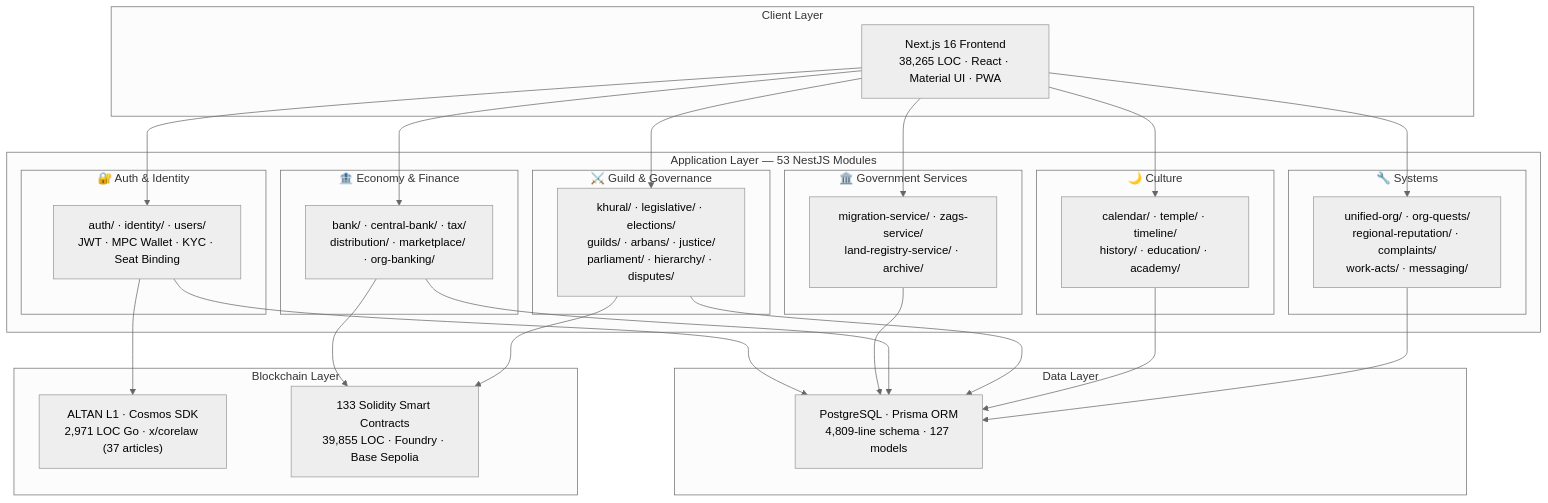
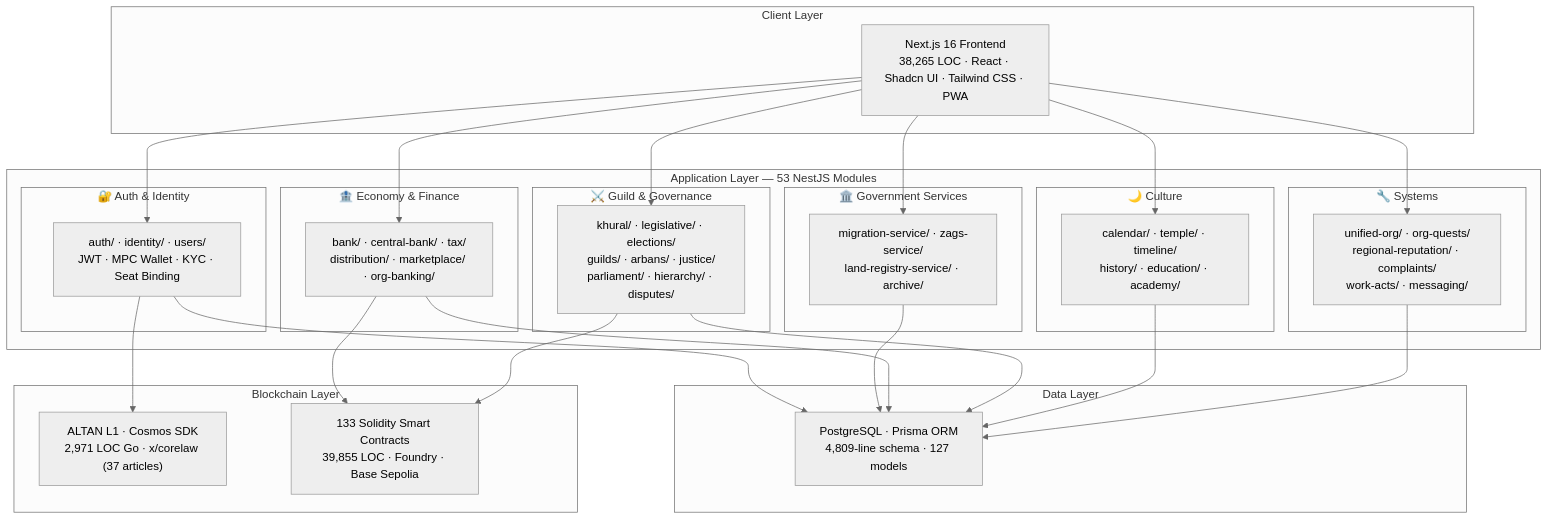
The first of 3 diagrams in README.md (Khongirad/INOMAD), drawn with Mermaid (neutral theme) before and after one commit. The commit also changed other lines of this file and 4 other files, not shown here.

````diff
--- a/README.md
+++ b/README.md
@@ -45,52 +45,52 @@
 ```mermaid
 graph TB
     subgraph "Client Layer"
-        FE["Next.js 16 Frontend<br/>38,265 LOC · React · Material UI · PWA"]
+        FE["Next.js 16 Frontend<br/>38,265 LOC · React · Shadcn UI · Tailwind CSS · PWA"]
     end
 
     subgraph "Application Layer — 53 NestJS Modules"
         subgraph "🔐 Auth & Identity"
             AUTH["auth/ · identity/ · users/<br/>JWT · MPC Wallet · KYC · Seat Binding"]
         end
         subgraph "🏛️ Government Services"
             GOV["migration-service/ · zags-service/<br/>land-registry-service/ · archive/"]
         end
         subgraph "🏦 Economy & Finance"
             ECON["bank/ · central-bank/ · tax/<br/>distribution/ · marketplace/ · org-banking/"]
         end
         subgraph "⚔️ Guild & Governance"
             GUILD["khural/ · legislative/ · elections/<br/>guilds/ · arbans/ · justice/<br/>parliament/ · hierarchy/ · disputes/"]
         end
         subgraph "🌙 Culture"
             CULT["calendar/ · temple/ · timeline/<br/>history/ · education/ · academy/"]
         end
         subgraph "🔧 Systems"
             SYS["unified-org/ · org-quests/<br/>regional-reputation/ · complaints/<br/>work-acts/ · messaging/"]
         end
     end
 
     subgraph "Data Layer"
         DB["PostgreSQL · Prisma ORM<br/>4,809-line schema · 127 models"]
     end
 
     subgraph "Blockchain Layer"
         L1["ALTAN L1 · Cosmos SDK<br/>2,971 LOC Go · x/corelaw (37 articles)"]
         SC["133 Solidity Smart Contracts<br/>39,855 LOC · Foundry · Base Sepolia"]
     end
 
     FE --> AUTH
     FE --> GOV
     FE --> ECON
     FE --> GUILD
     FE --> CULT
     FE --> SYS
     AUTH --> DB
     GOV --> DB
     ECON --> DB
     GUILD --> DB
     CULT --> DB
     SYS --> DB
     ECON --> SC
     GUILD --> SC
     AUTH --> L1
 ```
````
